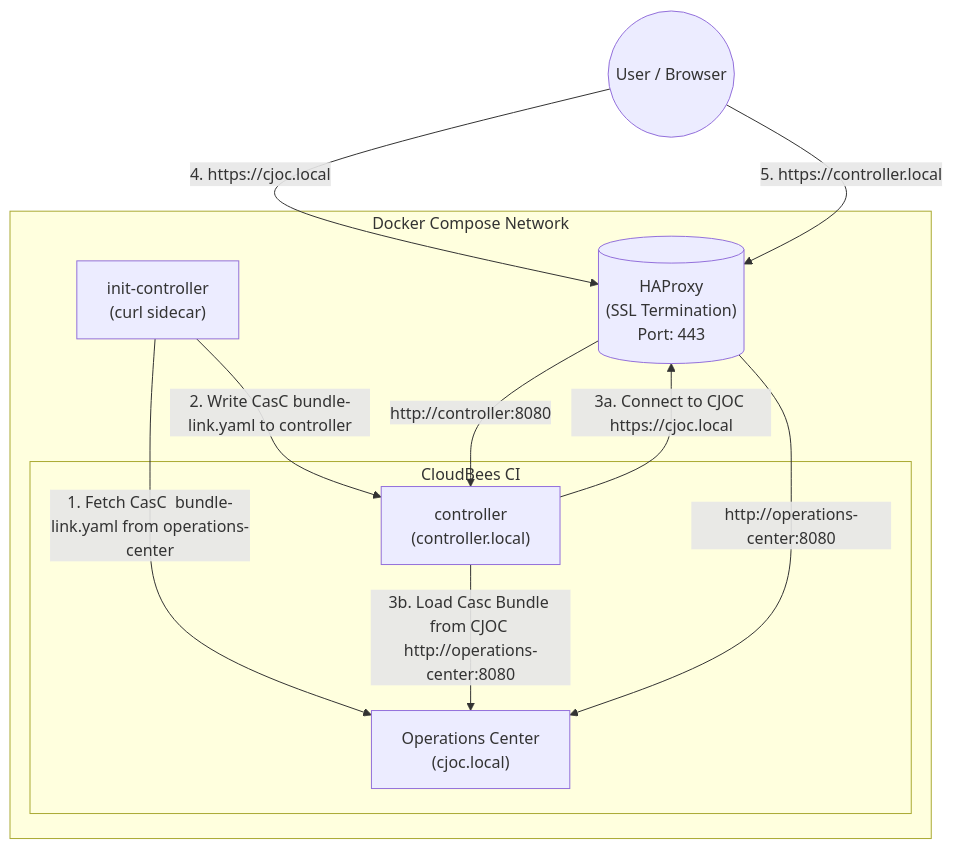
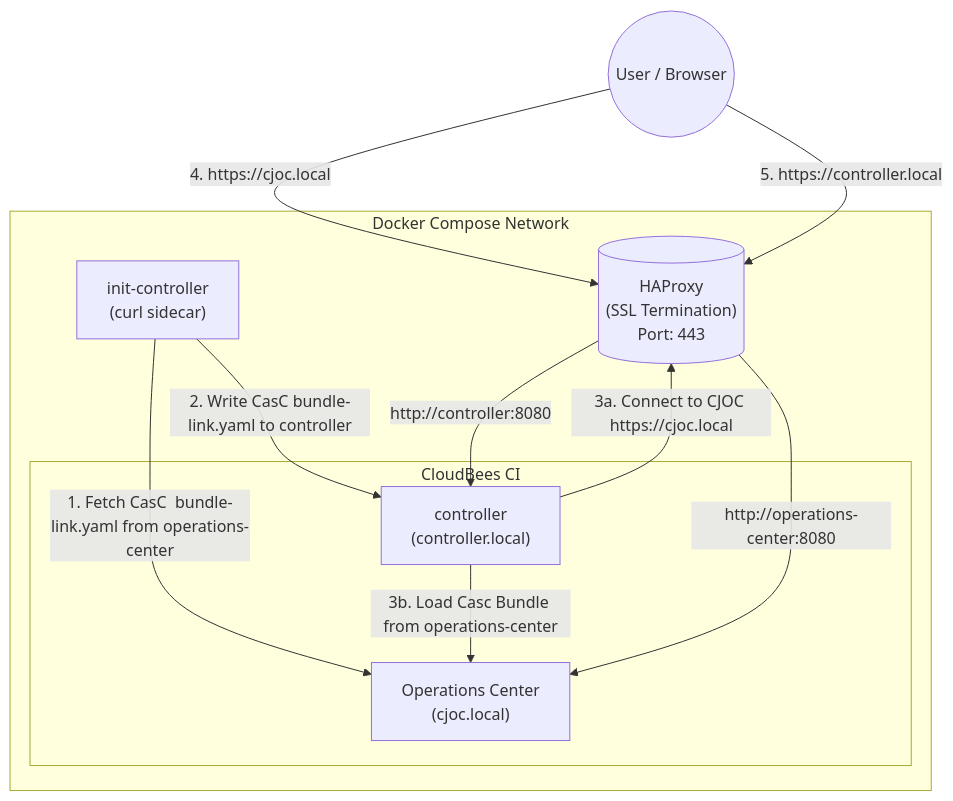
One commit to cb-ci/ci-traditional changed the diagram in README.md. Above: the diagram before and after it, drawn with Mermaid.

````diff
--- a/README.md
+++ b/README.md
@@ -12,27 +12,27 @@
 ```mermaid
 graph TD
     User((User / Browser))
     subgraph "Docker Compose Network"
         HAProxy[("HAProxy
         (SSL Termination)
         Port: 443")]
         
         subgraph "CloudBees CI"
             CJOC["Operations Center
             (cjoc.local)"]
             Controller["controller
             (controller.local)"]
         end
         
         Init["init-controller
         (curl sidecar)"]       
     end    
     
     Init -- "1. Fetch CasC  bundle-link.yaml from operations-center" --> CJOC
     Init -- "2. Write CasC bundle-link.yaml to controller" --> Controller
     Controller -- "3a. Connect to CJOC https://cjoc.local" --> HAProxy
-    Controller -- "3b. Load Casc Bundle from CJOC http://operations-center:8080" --> CJOC
+    Controller -- "3b. Load Casc Bundle from operations-center" --> CJOC
 
     User -- "4. https://cjoc.local" --> HAProxy -- "http://operations-center:8080" --> CJOC
     User -- "5. https://controller.local" --> HAProxy -- "http://controller:8080" --> Controller
 ```
````
